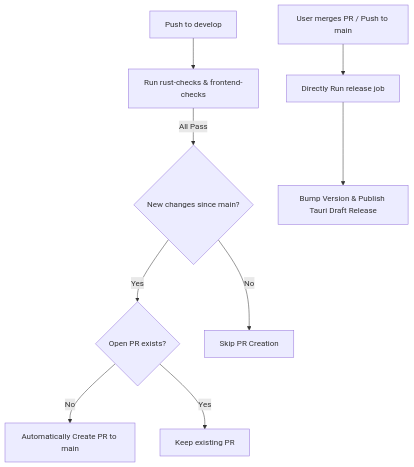
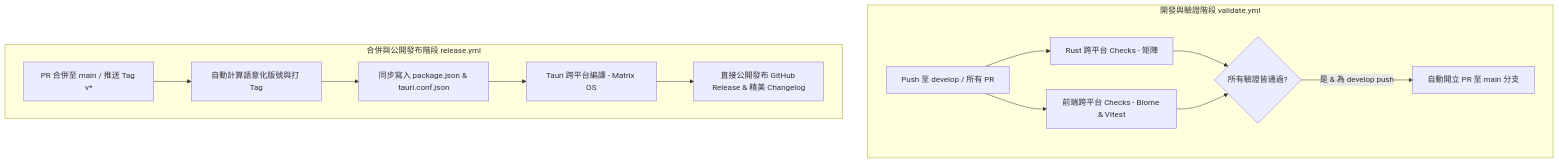
One commit to Benknightdark/neo-fd changed the second of 2 diagrams in AGENTS.md. Above: the diagram before and after it, drawn with Mermaid. The commit also changed other lines of this file, not shown here.

Commit message:
docs(agents): translate and align agent guide with direct release and unified scripts

````diff
--- a/AGENTS.md
+++ b/AGENTS.md
@@ -109,12 +110,17 @@
 ```mermaid
 graph TD
-    A[Push to develop] --> B[Run rust-checks & frontend-checks]
-    B -->|All Pass| C{New changes since main?}
-    C -->|Yes| D{Open PR exists?}
-    D -->|No| E[Automatically Create PR to main]
-    D -->|Yes| F[Keep existing PR]
-    C -->|No| G[Skip PR Creation]
+    subgraph 開發與驗證階段 validate.yml
+        develop_push[Push 至 develop / 所有 PR] --> rust_checks[Rust 跨平台 Checks - 矩陣]
+        develop_push --> fe_checks[前端跨平台 Checks - Biome & Vitest]
+        rust_checks --> pr_check{所有驗證皆通過?}
+        fe_checks --> pr_check
+        pr_check -->|是 & 為 develop push| auto_pr[自動開立 PR 至 main 分支]
+    end
     
-    H[User merges PR / Push to main] --> I[Directly Run release job]
-    I --> J[Bump Version & Publish Tauri Draft Release]
+    subgraph 合併與公開發布階段 release.yml
+        main_push[PR 合併至 main / 推送 Tag v*] --> tag_bump[自動計算語意化版號與打 Tag]
+        tag_bump --> sync_ver[同步寫入 package.json & tauri.conf.json]
+        sync_ver --> tauri_build[Tauri 跨平台編譯 - Matrix OS]
+        tauri_build --> public_release[直接公開發布 GitHub Release & 精美 Changelog]
+    end
 ```
````
